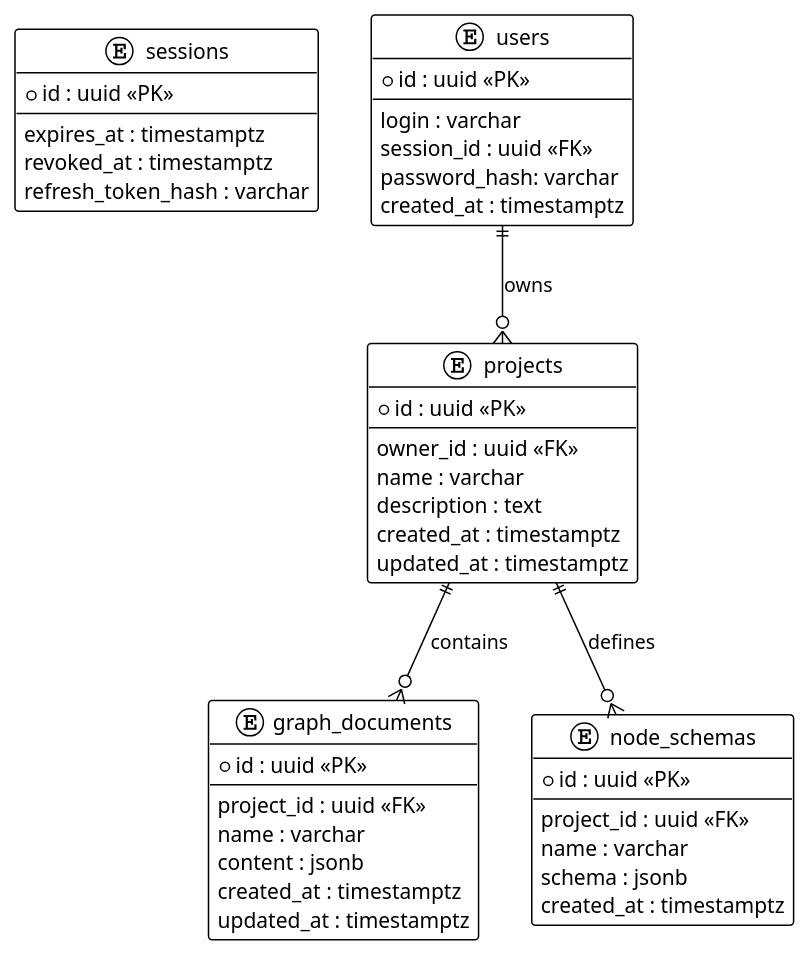
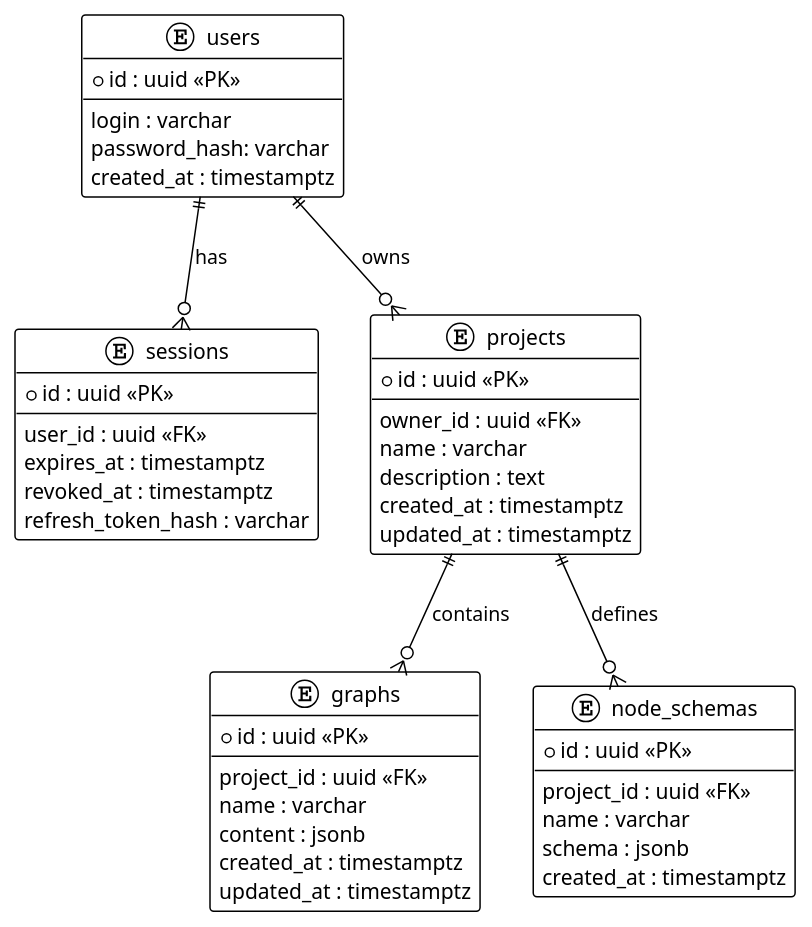
The diagram in DB scheme.md (kalane15/GraphForge), drawn with PlantUML before and after one commit. The commit also changed 34 other files, not shown here.

```diff
--- a/DB scheme.md
+++ b/DB scheme.md
@@ -1,60 +1,62 @@
 @startuml
 !theme plain
 
 hide methods
 hide stereotypes
 
 entity "sessions" as sessions{
     * id : uuid <<PK>>
     --
+    user_id : uuid <<FK>>
     expires_at : timestamptz
 	revoked_at : timestamptz
 	refresh_token_hash : varchar
 }
 
 entity "users" as users {
     * id : uuid <<PK>>
     --
     login : varchar
-	session_id : uuid <<FK>>
 	password_hash: varchar
     created_at : timestamptz
 }
 
 entity "projects" as projects {
     * id : uuid <<PK>>
     --
     owner_id : uuid <<FK>>
     name : varchar
     description : text
     created_at : timestamptz
     updated_at : timestamptz
 }
 
-entity "graph_documents" as graphs {
+entity "graphs" as graphs {
     * id : uuid <<PK>>
     --
     project_id : uuid <<FK>>
     name : varchar
     content : jsonb
     created_at : timestamptz
     updated_at : timestamptz
 }
 
 entity "node_schemas" as schemas {
     * id : uuid <<PK>>
     --
     project_id : uuid <<FK>>
     name : varchar
     schema : jsonb
     created_at : timestamptz
 }
 
 users ||--o{ projects : owns
 
+users ||--o{ sessions : has
+
 projects ||--o{ graphs : contains
 
 projects ||--o{ schemas : defines
 
 
 @enduml
```
